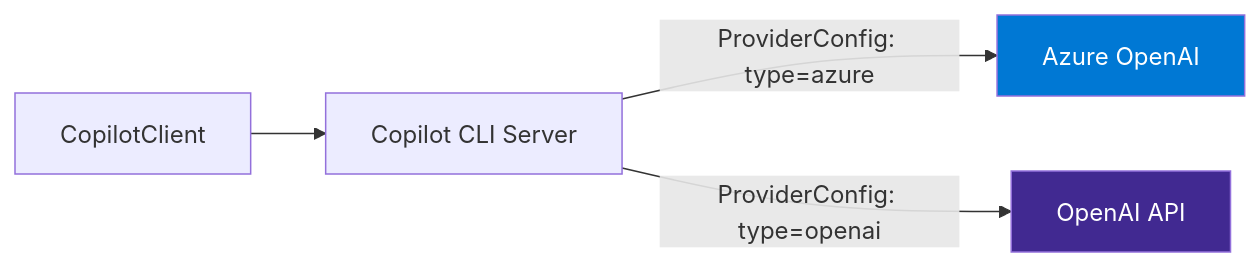
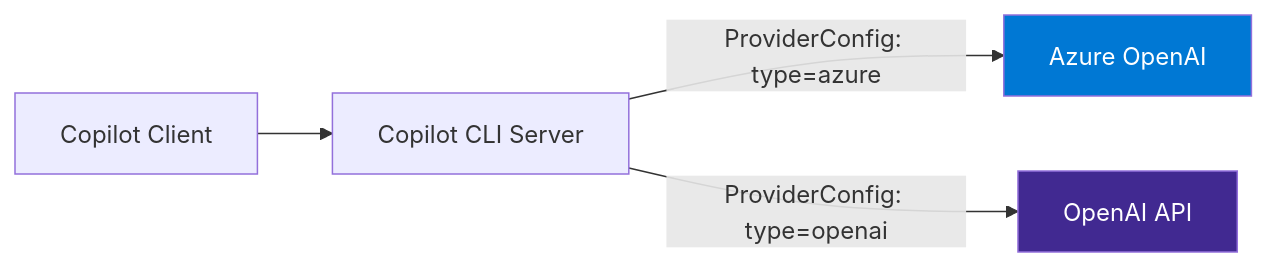
Before and after one commit to ks6088ts/template-github-copilot: the third of 3 diagrams in docs/copilot_sdk_tutorial/architecture.md, drawn with Mermaid. The commit also changed other lines of this file and 40 other files, not shown here.

First line of the commit message:
Refactor Copilot SDK tutorial documentation and Go implementation

````diff
--- a/docs/copilot_sdk_tutorial/architecture.md
+++ b/docs/copilot_sdk_tutorial/architecture.md
@@ -134,9 +115,9 @@
 ```mermaid
 graph LR
-    SDK[CopilotClient] --> CLI[Copilot CLI Server]
+    SDK[Copilot Client] --> CLI[Copilot CLI Server]
     CLI -->|ProviderConfig: type=azure| AOAI[Azure OpenAI]
     CLI -->|ProviderConfig: type=openai| OAI[OpenAI API]
 
     style AOAI fill:#0078d4,color:#fff
     style OAI fill:#412991,color:#fff
 ```
````
